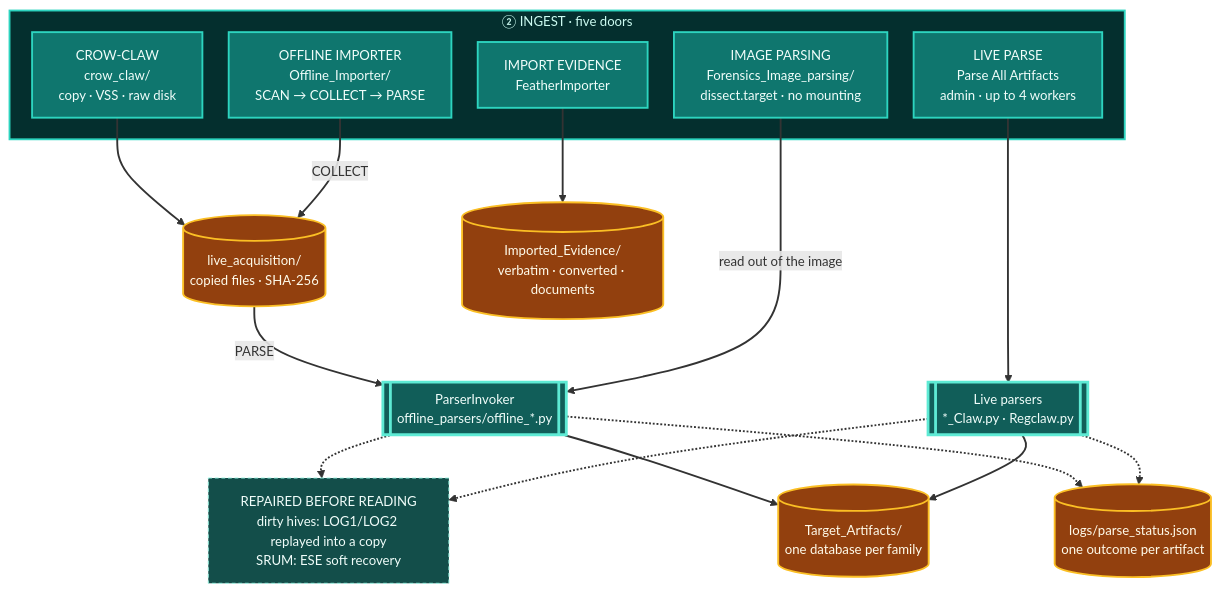
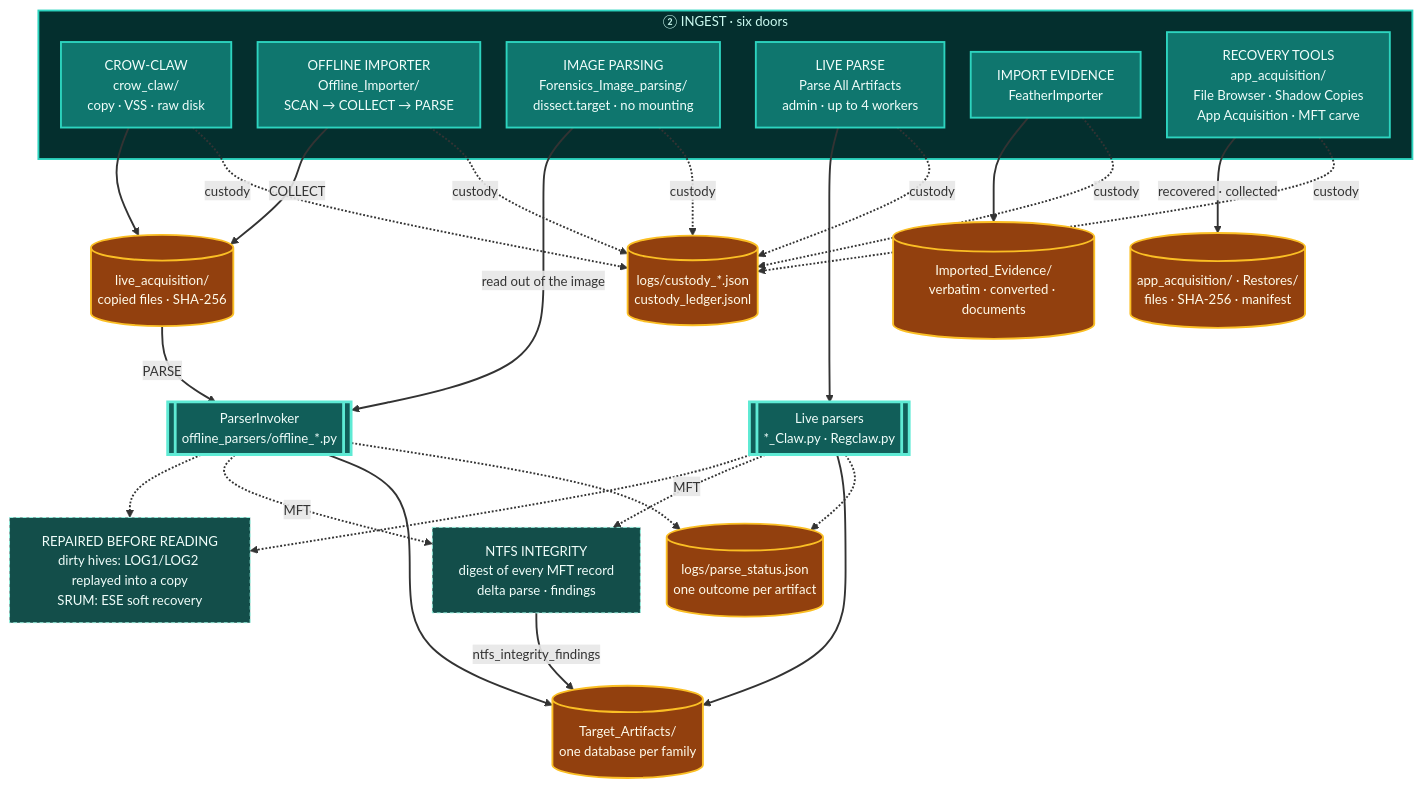
One commit to Ghassan-elsman/Crow-Eye changed the second of 5 diagrams in README.md. Above: the diagram before and after it, drawn with Mermaid. The commit also changed other lines of this file, not shown here.

Commit message:
Architecture: six ingest doors, recovery tools, NTFS integrity and custody in the Ingest chart; claim check, result compaction and Codex in the Eye layer; state/ and recovery folders in the case

````diff
--- a/README.md
+++ b/README.md
@@ -244,42 +247,50 @@
 ```mermaid
 %%{init: {"flowchart": {"nodeSpacing": 28, "rankSpacing": 46, "curve": "basis", "padding": 14}, "themeVariables": {"fontSize": "14px"}} }%%
 flowchart TB
-    subgraph DOORS["② INGEST · five doors"]
+    subgraph DOORS["② INGEST · six doors"]
         L1["CROW-CLAW<br/>crow_claw/<br/>copy · VSS · raw disk"]
         L3["OFFLINE IMPORTER<br/>Offline_Importer/<br/>SCAN → COLLECT → PARSE"]
         L2["IMAGE PARSING<br/>Forensics_Image_parsing/<br/>dissect.target · no mounting"]
         L0["LIVE PARSE<br/>Parse All Artifacts<br/>admin · up to 4 workers"]
         L4["IMPORT EVIDENCE<br/>FeatherImporter"]
+        L5["RECOVERY TOOLS<br/>app_acquisition/<br/>File Browser · Shadow Copies<br/>App Acquisition · MFT carve"]
     end
 
     ACQ[("live_acquisition/<br/>copied files · SHA-256")]
     INV[["ParserInvoker<br/>offline_parsers/offline_*.py"]]
     LIVE[["Live parsers<br/>*_Claw.py · Regclaw.py"]]
     IE[("Imported_Evidence/<br/>verbatim · converted · documents")]
 
     REP["REPAIRED BEFORE READING<br/>dirty hives: LOG1/LOG2 replayed into a copy<br/>SRUM: ESE soft recovery"]
+    NTFS["NTFS INTEGRITY<br/>digest of every MFT record<br/>delta parse · findings"]
     TA[("Target_Artifacts/<br/>one database per family")]
     PS[("logs/parse_status.json<br/>one outcome per artifact")]
+    AQ[("app_acquisition/ · Restores/<br/>files · SHA-256 · manifest")]
+    CU[("logs/custody_*.json<br/>custody_ledger.jsonl")]
 
     L1 --> ACQ
     L3 -- "COLLECT" --> ACQ
     ACQ -- "PARSE" --> INV
     L2 -- "read out of the image" --> INV
     L0 --> LIVE
     L4 --> IE
+    L5 -- "recovered · collected" --> AQ
 
     INV & LIVE -.-> REP
+    INV & LIVE -. "MFT" .-> NTFS
+    NTFS -- "ntfs_integrity_findings" --> TA
     INV & LIVE ==> TA
     INV & LIVE -.-> PS
+    L0 & L1 & L2 & L3 & L4 & L5 -. "custody" .-> CU
 
     classDef door  fill:#0f766e,stroke:#2dd4bf,stroke-width:2px,color:#f0fdfa
     classDef run   fill:#115e59,stroke:#5eead4,stroke-width:3px,color:#f0fdfa
     classDef help  fill:#134e4a,stroke:#99f6e4,stroke-width:1px,stroke-dasharray:4 3,color:#f0fdfa
     classDef store fill:#92400e,stroke:#fbbf24,stroke-width:2px,color:#fffbeb
-    class L0,L1,L2,L3,L4 door
+    class L0,L1,L2,L3,L4,L5 door
     class INV,LIVE run
-    class REP help
-    class ACQ,TA,IE,PS store
+    class REP,NTFS help
+    class ACQ,TA,IE,PS,AQ,CU store
     style DOORS fill:#042f2e,stroke:#2dd4bf,stroke-width:2px,color:#ccfbf1
     linkStyle default stroke-width:2px
 ```
````
